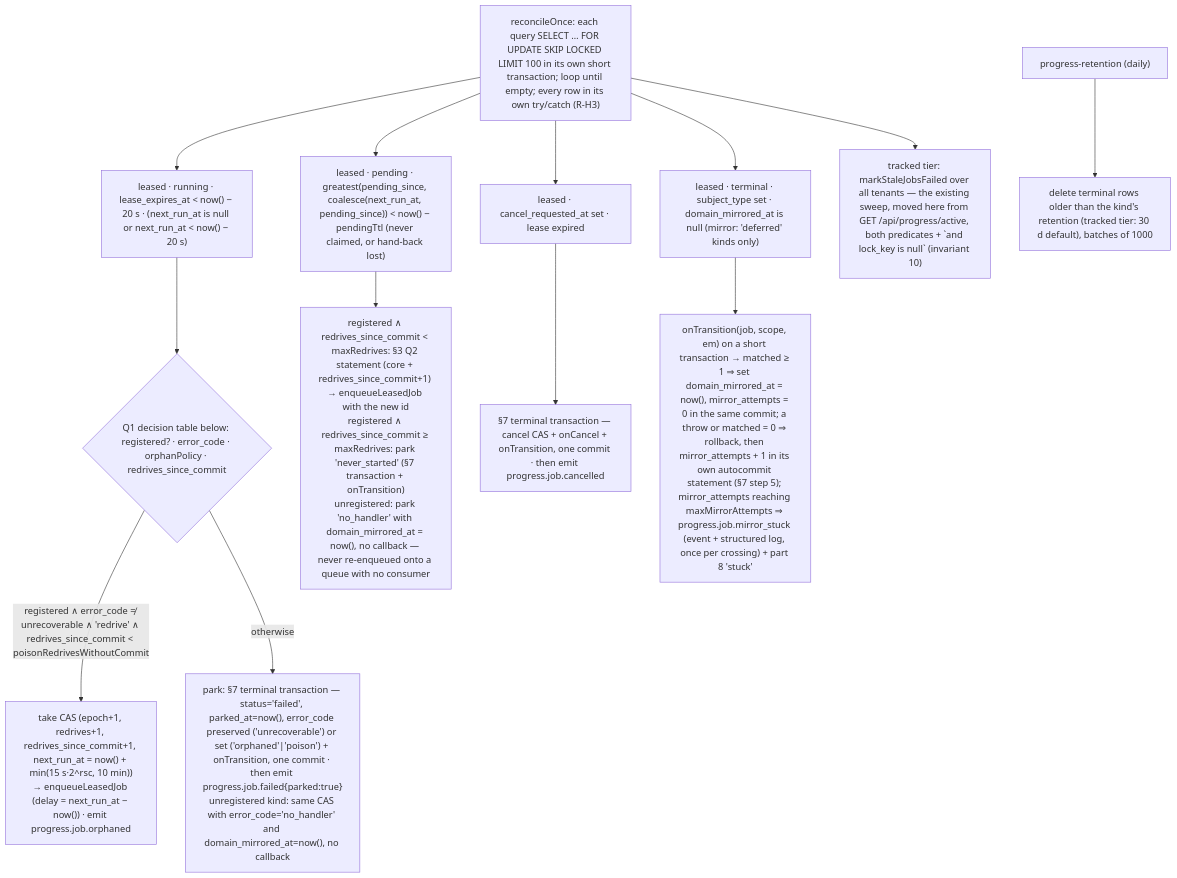
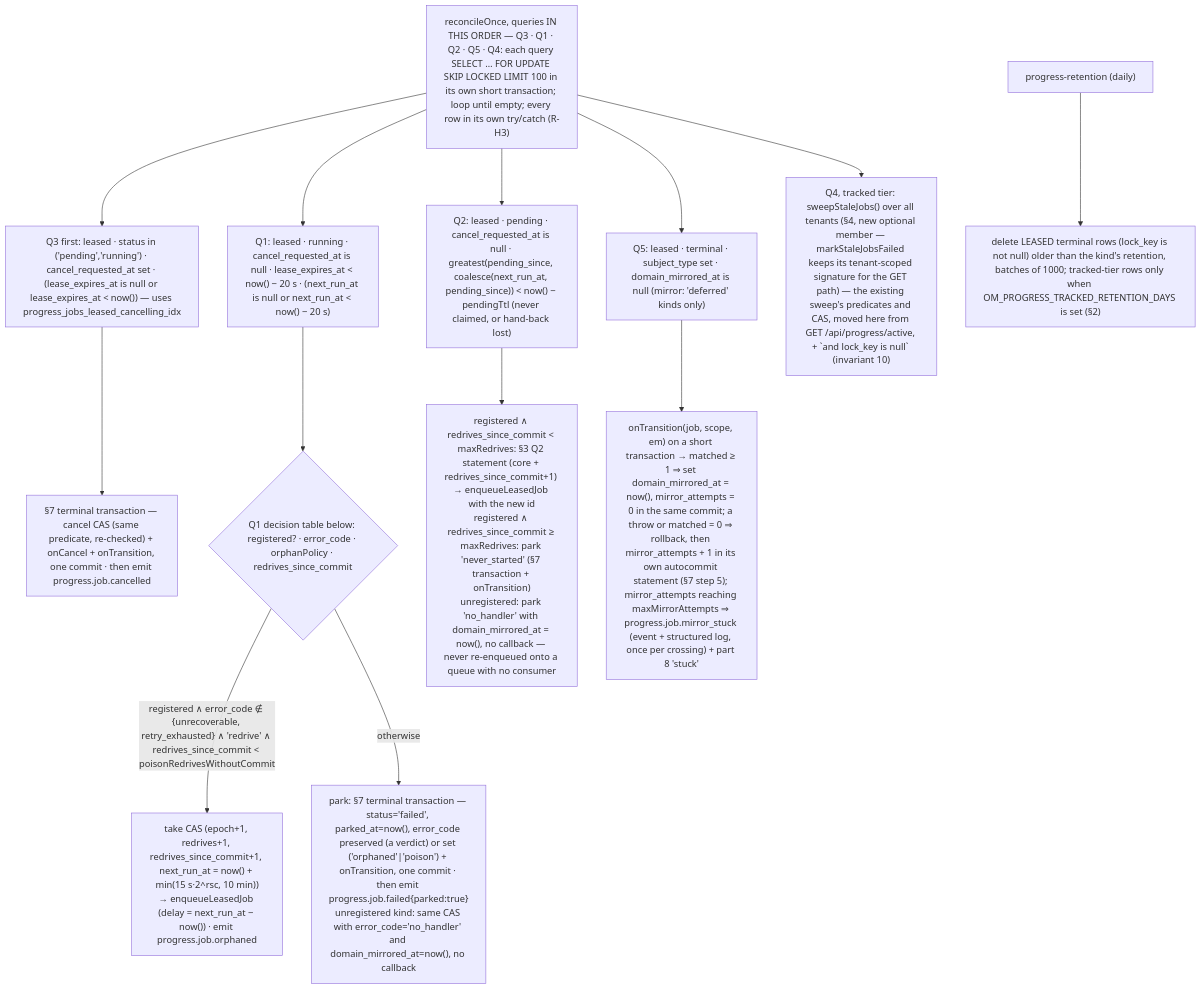
The diagram in .ai/specs/2026-08-21-background-work-06-leased-jobs-in-progress.md (open-mercato/open-mercato), drawn with Mermaid before and after one commit. The commit also changed other lines of this file and 5 other files, not shown here.

Commit message:
docs(specs): round 3 — clock-free claim, slice verdicts, enforced single terminal path, cancel precedence, data_sync cancel/retry routes, progress pages scoped

````diff
--- a/.ai/specs/2026-08-21-background-work-06-leased-jobs-in-progress.md
+++ b/.ai/specs/2026-08-21-background-work-06-leased-jobs-in-progress.md
@@ -287,16 +318,16 @@
 ```mermaid
 flowchart TB
-  T["reconcileOnce: each query SELECT … FOR UPDATE SKIP LOCKED LIMIT 100 in its own short transaction; loop until empty; every row in its own try/catch (R-H3)"]
-  T --> Q1["leased · running · lease_expires_at < now() − 20 s · (next_run_at is null or next_run_at < now() − 20 s)"]
+  T["reconcileOnce, queries IN THIS ORDER — Q3 · Q1 · Q2 · Q5 · Q4: each query SELECT … FOR UPDATE SKIP LOCKED LIMIT 100 in its own short transaction; loop until empty; every row in its own try/catch (R-H3)"]
+  T --> Q3["Q3 first: leased · status in ('pending','running') · cancel_requested_at set · (lease_expires_at is null or lease_expires_at < now()) — uses progress_jobs_leased_cancelling_idx"]
+  Q3 --> C["§7 terminal transaction — cancel CAS (same predicate, re-checked) + onCancel + onTransition, one commit · then emit progress.job.cancelled"]
+  T --> Q1["Q1: leased · running · cancel_requested_at is null · lease_expires_at < now() − 20 s · (next_run_at is null or next_run_at < now() − 20 s)"]
   Q1 --> POL{"Q1 decision table below: registered? · error_code · orphanPolicy · redrives_since_commit"}
-  POL -->|"registered ∧ error_code ≠ unrecoverable ∧ 'redrive' ∧ redrives_since_commit < poisonRedrivesWithoutCommit"| RE["take CAS (epoch+1, redrives+1, redrives_since_commit+1, next_run_at = now() + min(15 s·2^rsc, 10 min))<br/>→ enqueueLeasedJob (delay = next_run_at − now()) · emit progress.job.orphaned"]
-  POL -->|otherwise| PK["park: §7 terminal transaction — status='failed', parked_at=now(), error_code preserved ('unrecoverable') or set ('orphaned'|'poison') + onTransition, one commit · then emit progress.job.failed{parked:true}<br/>unregistered kind: same CAS with error_code='no_handler' and domain_mirrored_at=now(), no callback"]
-  T --> Q2["leased · pending · greatest(pending_since, coalesce(next_run_at, pending_since)) < now() − pendingTtl (never claimed, or hand-back lost)"]
+  POL -->|"registered ∧ error_code ∉ {unrecoverable, retry_exhausted} ∧ 'redrive' ∧ redrives_since_commit < poisonRedrivesWithoutCommit"| RE["take CAS (epoch+1, redrives+1, redrives_since_commit+1, next_run_at = now() + min(15 s·2^rsc, 10 min))<br/>→ enqueueLeasedJob (delay = next_run_at − now()) · emit progress.job.orphaned"]
+  POL -->|otherwise| PK["park: §7 terminal transaction — status='failed', parked_at=now(), error_code preserved (a verdict) or set ('orphaned'|'poison') + onTransition, one commit · then emit progress.job.failed{parked:true}<br/>unregistered kind: same CAS with error_code='no_handler' and domain_mirrored_at=now(), no callback"]
+  T --> Q2["Q2: leased · pending · cancel_requested_at is null · greatest(pending_since, coalesce(next_run_at, pending_since)) < now() − pendingTtl (never claimed, or hand-back lost)"]
   Q2 --> RE2["registered ∧ redrives_since_commit < maxRedrives: §3 Q2 statement (core + redrives_since_commit+1) → enqueueLeasedJob with the new id<br/>registered ∧ redrives_since_commit ≥ maxRedrives: park 'never_started' (§7 transaction + onTransition)<br/>unregistered: park 'no_handler' with domain_mirrored_at = now(), no callback — never re-enqueued onto a queue with no consumer"]
-  T --> Q3["leased · cancel_requested_at set · lease expired"]
-  Q3 --> C["§7 terminal transaction — cancel CAS + onCancel + onTransition, one commit · then emit progress.job.cancelled"]
-  T --> Q5["leased · terminal · subject_type set · domain_mirrored_at is null (mirror: 'deferred' kinds only)"]
+  T --> Q5["Q5: leased · terminal · subject_type set · domain_mirrored_at is null (mirror: 'deferred' kinds only)"]
   Q5 --> M["onTransition(job, scope, em) on a short transaction → matched ≥ 1 ⇒ set domain_mirrored_at = now(), mirror_attempts = 0 in the same commit; a throw or matched = 0 ⇒ rollback, then mirror_attempts + 1 in its own autocommit statement (§7 step 5); mirror_attempts reaching maxMirrorAttempts ⇒ progress.job.mirror_stuck (event + structured log, once per crossing) + part 8 'stuck'"]
-  T --> Q4["tracked tier: markStaleJobsFailed over all tenants — the existing sweep, moved here from GET /api/progress/active, both predicates + `and lock_key is null` (invariant 10)"]
-  D["progress-retention (daily)"] --> R["delete terminal rows older than the kind's retention (tracked tier: 30 d default), batches of 1000"]
+  T --> Q4["Q4, tracked tier: sweepStaleJobs() over all tenants (§4, new optional member — markStaleJobsFailed keeps its tenant-scoped signature for the GET path) — the existing sweep's predicates and CAS, moved here from GET /api/progress/active, + `and lock_key is null` (invariant 10)"]
+  D["progress-retention (daily)"] --> R["delete LEASED terminal rows (lock_key is not null) older than the kind's retention, batches of 1000; tracked-tier rows only when OM_PROGRESS_TRACKED_RETENTION_DAYS is set (§2)"]
 ```
````
